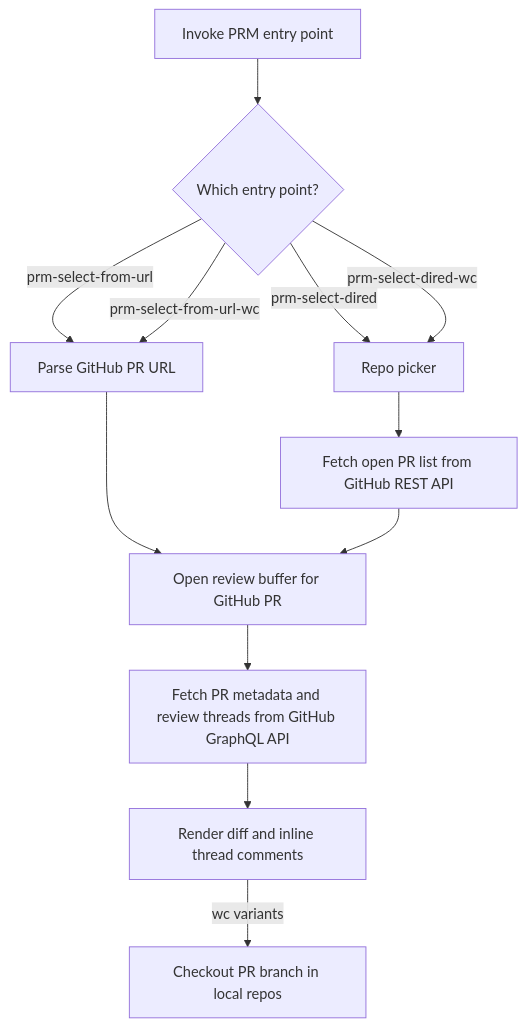
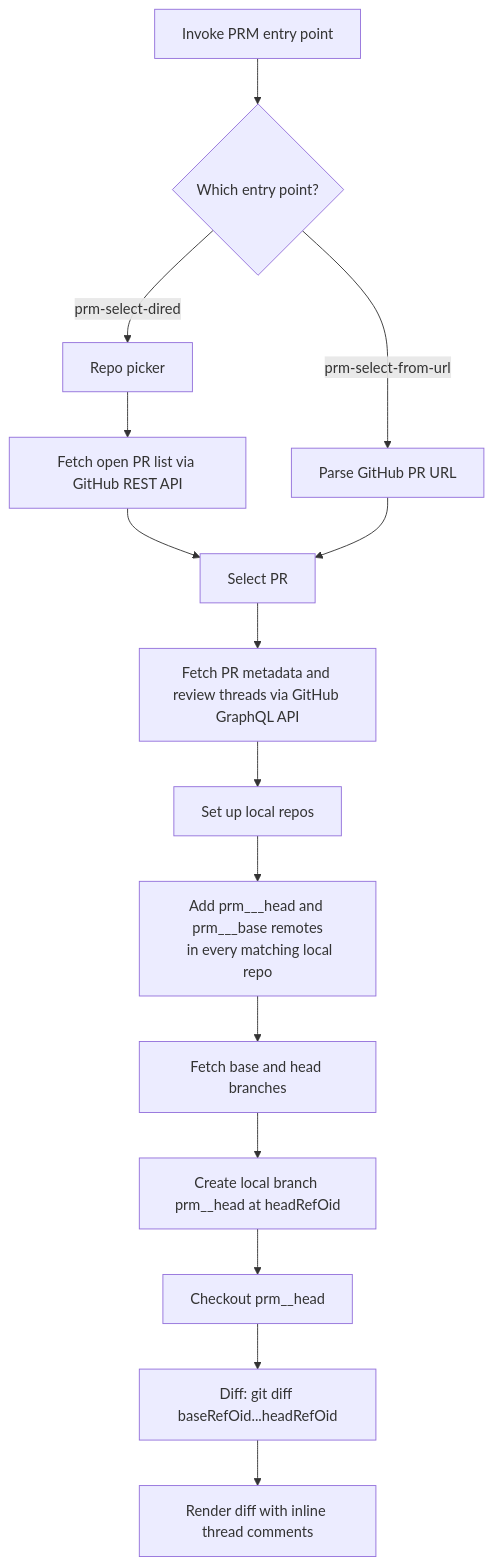
The diagram in README.md (xplainmeplease/prm), drawn with Mermaid before and after one commit. The commit also changed other lines of this file and 1 other file, not shown here.

Commit message:
improve git flow, introduce verbose logging

````diff
--- a/README.md
+++ b/README.md
@@ -16,14 +16,18 @@
 ```mermaid
 flowchart TD
   A[Invoke PRM entry point] --> B{Which entry point?}
   B -->|prm-select-dired| C[Repo picker]
-  B -->|prm-select-dired-wc| C
   B -->|prm-select-from-url| D[Parse GitHub PR URL]
-  B -->|prm-select-from-url-wc| D
-  C --> E[Fetch open PR list from GitHub REST API]
-  D --> F[Open review buffer for GitHub PR]
-  E --> F
-  F --> G[Fetch PR metadata and review threads from GitHub GraphQL API]
-  G --> H[Render diff and inline thread comments]
-  H -->|wc variants| I[Checkout PR branch in local repos]
+  C --> E[Fetch open PR list via GitHub REST API]
+  E --> F[Select PR]
+  D --> F
+  F --> G[Fetch PR metadata and review threads via GitHub GraphQL API]
+  G --> H[Set up local repos]
+  H --> H1["Add prm_<author>_<pr>_head and prm_<author>_<pr>_base remotes
+  in every matching local repo"]
+  H1 --> H2[Fetch base and head branches]
+  H2 --> H3["Create local branch prm_<pr>_head at headRefOid"]
+  H3 --> H4[Checkout prm_<pr>_head]
+  H4 --> I["Diff: git diff baseRefOid...headRefOid"]
+  I --> J[Render diff with inline thread comments]
 ```
````
